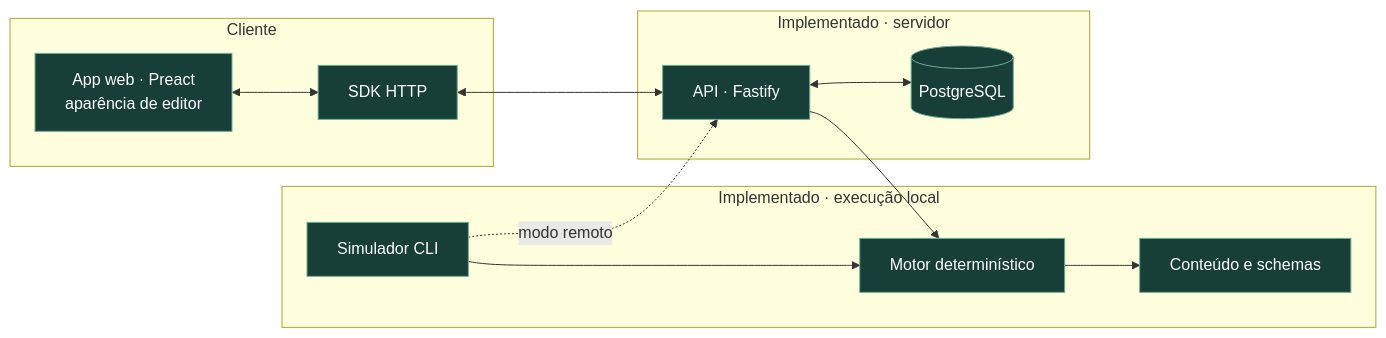
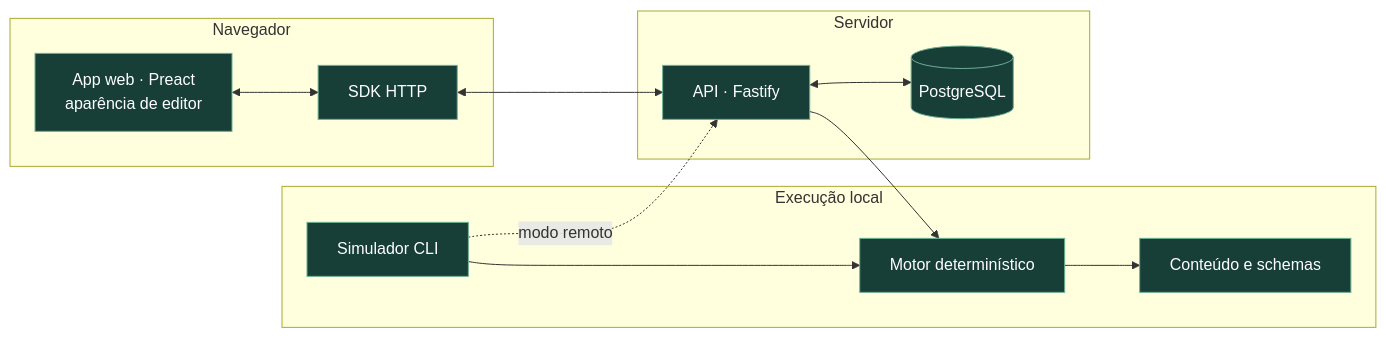
One commit to gustavopals/pals-vscode-game changed the diagram in README.md. Above: the diagram before and after it, drawn with Mermaid. The commit also changed other lines of this file and 22 other files, not shown here.

````diff
--- a/README.md
+++ b/README.md
@@ -93,19 +114,18 @@
 ```mermaid
 flowchart LR
-    subgraph local["Implementado · execução local"]
+    subgraph local["Execução local"]
         Sim["Simulador CLI"] --> Engine["Motor determinístico"]
         Engine --> Content["Conteúdo e schemas"]
     end
-    subgraph server["Implementado · servidor"]
+    subgraph server["Servidor"]
         API["API · Fastify"] <--> DB[("PostgreSQL")]
     end
-    subgraph client["Cliente"]
+    subgraph client["Navegador"]
         Web["App web · Preact<br/>aparência de editor"] <--> SDK["SDK HTTP"]
     end
     SDK <--> API
     Sim -. "modo remoto" .-> API
     API --> Engine
     classDef ready fill:#173e37,stroke:#6eaf96,color:#fff
-    classDef planned fill:#292e3b,stroke:#9aa6bf,color:#fff,stroke-dasharray:5 5
     class Sim,Engine,Content,API,DB,SDK,Web ready
 ```
````
